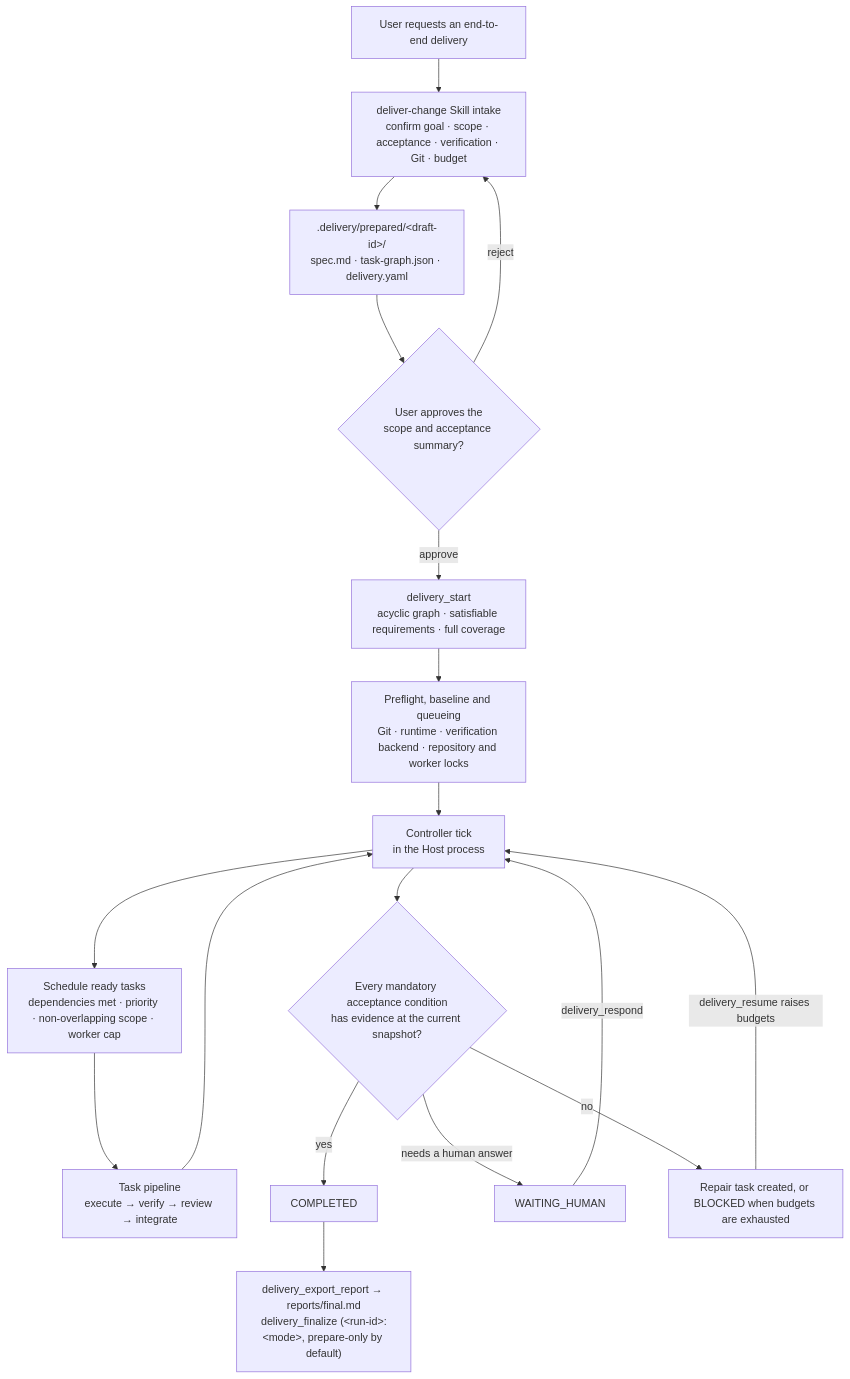
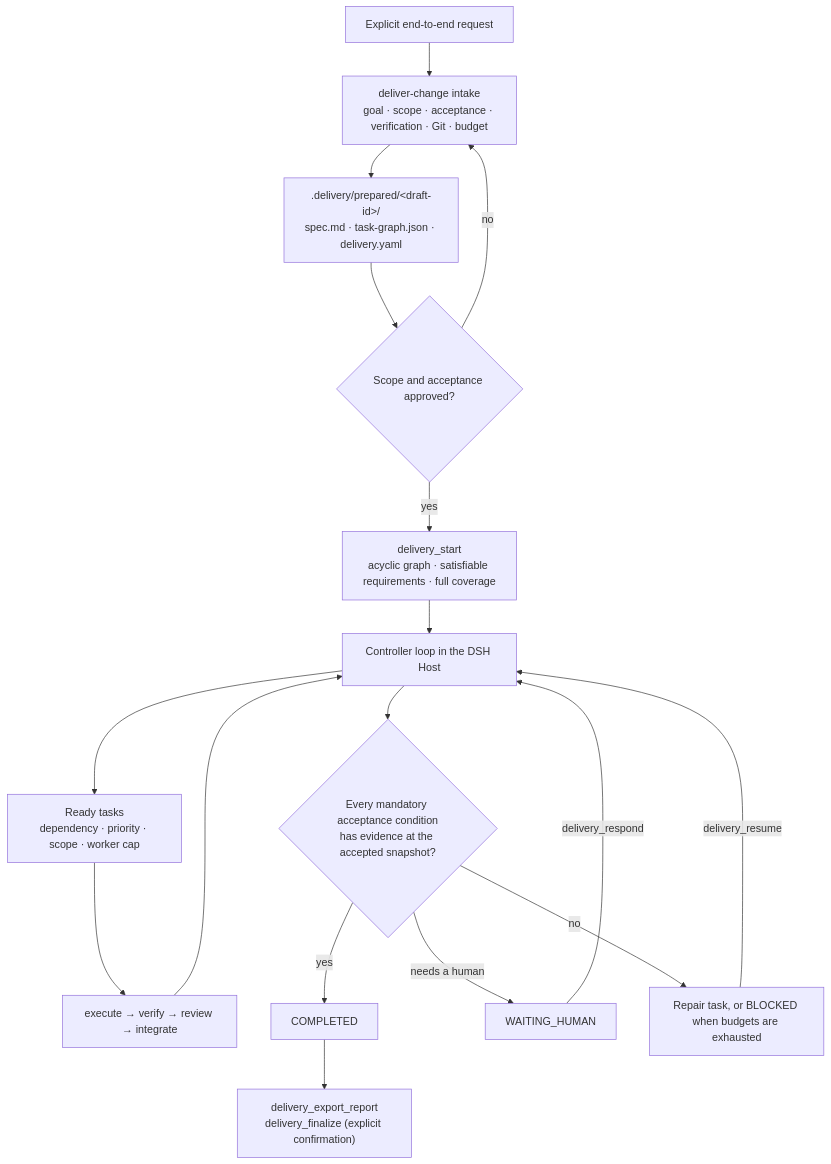
Before and after one commit to loveowie/delivery-loop: the diagram in README.md, drawn with Mermaid. The commit also changed other lines of this file and 75 other files, not shown here.

````diff
--- a/README.md
+++ b/README.md
@@ -76,20 +55,19 @@
 ```mermaid
 flowchart TD
-  u["User requests an end-to-end delivery"] --> sk["deliver-change Skill intake<br/>confirm goal · scope · acceptance · verification · Git · budget"]
-  sk --> pr[".delivery/prepared/&lt;draft-id&gt;/<br/>spec.md · task-graph.json · delivery.yaml"]
-  pr --> ap{"User approves the<br/>scope and acceptance summary?"}
-  ap -->|"reject"| sk
-  ap -->|"approve"| st["delivery_start<br/>acyclic graph · satisfiable requirements · full coverage"]
-  st --> bl["Preflight, baseline and queueing<br/>Git · runtime · verification backend · repository and worker locks"]
-  bl --> tick["Controller tick<br/>in the Host process"]
-  tick --> sch["Schedule ready tasks<br/>dependencies met · priority · non-overlapping scope · worker cap"]
-  sch --> tp["Task pipeline<br/>execute → verify → review → integrate"]
-  tp --> tick
-  tick --> acc{"Every mandatory acceptance condition<br/>has evidence at the current snapshot?"}
-  acc -->|"yes"| done["COMPLETED"]
-  acc -->|"needs a human answer"| wh["WAITING_HUMAN"]
-  acc -->|"no"| fix["Repair task created, or BLOCKED when budgets are exhausted"]
-  wh -->|"delivery_respond"| tick
-  fix -->|"delivery_resume raises budgets"| tick
-  done --> fin["delivery_export_report → reports/final.md<br/>delivery_finalize (&lt;run-id&gt;:&lt;mode&gt;, prepare-only by default)"]
+  user["Explicit end-to-end request"] --> skill["deliver-change intake<br/>goal · scope · acceptance · verification · Git · budget"]
+  skill --> prepared[".delivery/prepared/&lt;draft-id&gt;/<br/>spec.md · task-graph.json · delivery.yaml"]
+  prepared --> approve{"Scope and acceptance approved?"}
+  approve -->|"no"| skill
+  approve -->|"yes"| start["delivery_start<br/>acyclic graph · satisfiable requirements · full coverage"]
+  start --> loop["Controller loop in the DSH Host"]
+  loop --> tasks["Ready tasks<br/>dependency · priority · scope · worker cap"]
+  tasks --> pipeline["execute → verify → review → integrate"]
+  pipeline --> loop
+  loop --> accept{"Every mandatory acceptance condition<br/>has evidence at the accepted snapshot?"}
+  accept -->|"yes"| done["COMPLETED"]
+  accept -->|"needs a human"| human["WAITING_HUMAN"]
+  accept -->|"no"| repair["Repair task, or BLOCKED when budgets are exhausted"]
+  human -->|"delivery_respond"| loop
+  repair -->|"delivery_resume"| loop
+  done --> report["delivery_export_report<br/>delivery_finalize (explicit confirmation)"]
 ```
````
